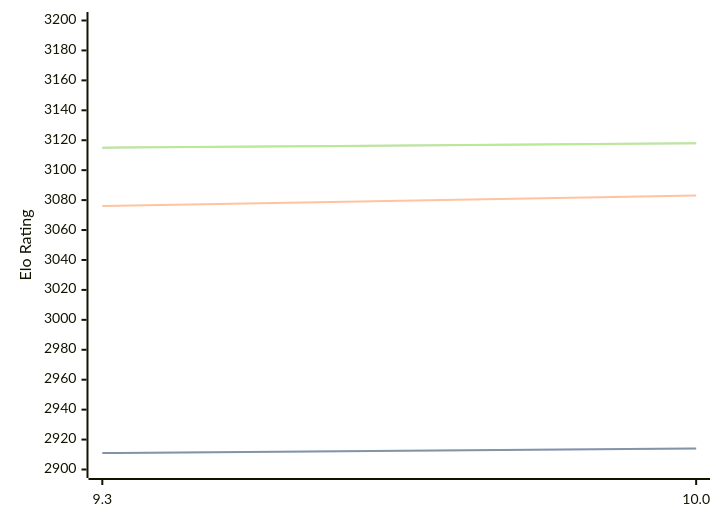
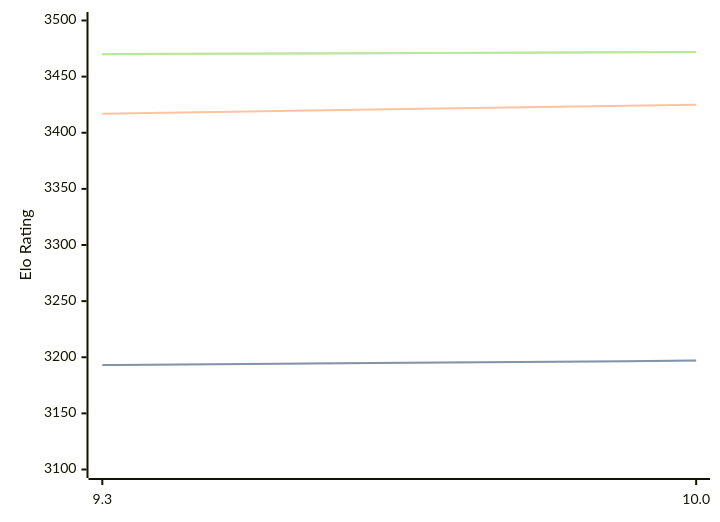
One commit to computer-chess-index/cci changed the diagram in engines/Fire.md. Above: the diagram before and after it, drawn with Mermaid. The commit also changed other lines of this file, not shown here.

Commit message:
Update CCI Ratings (ELO VLTC) - 2026-02-24

````diff
--- a/engines/Fire.md
+++ b/engines/Fire.md
@@ -44,11 +45,11 @@
 ```mermaid
 %%{init: {"theme":"base","themeVariables":{"seriesColors:['#a3a3a3','#222221','#faa371']}}}%%
 xychart-beta
   x-axis ["9.3", "10.0"]
-  y-axis "Elo Rating" 2900 --> 3200
-  line "STC (8.0+0.08s)" [2911, 2914]
-  line "STC (8.0+0.08s)" [2911, 2914]
-  line "LTC (60.0+0.60s)" [3076, 3083]
-  line "VLTC (2m24s+1.12s)" [3115, 3118]
-  line "VLTC (2m24s+1.12s)" [3115, 3118]
+  y-axis "Elo Rating" 3100 --> 3500
+  line "STC (8.0+0.08s)" [3193, 3197]
+  line "STC (8.0+0.08s)" [3193, 3197]
+  line "LTC (60.0+0.60s)" [3417, 3425]
+  line "VLTC (2m24s+1.12s)" [3470, 3472]
+  line "VLTC (2m24s+1.12s)" [3470, 3472]
 ```
````
